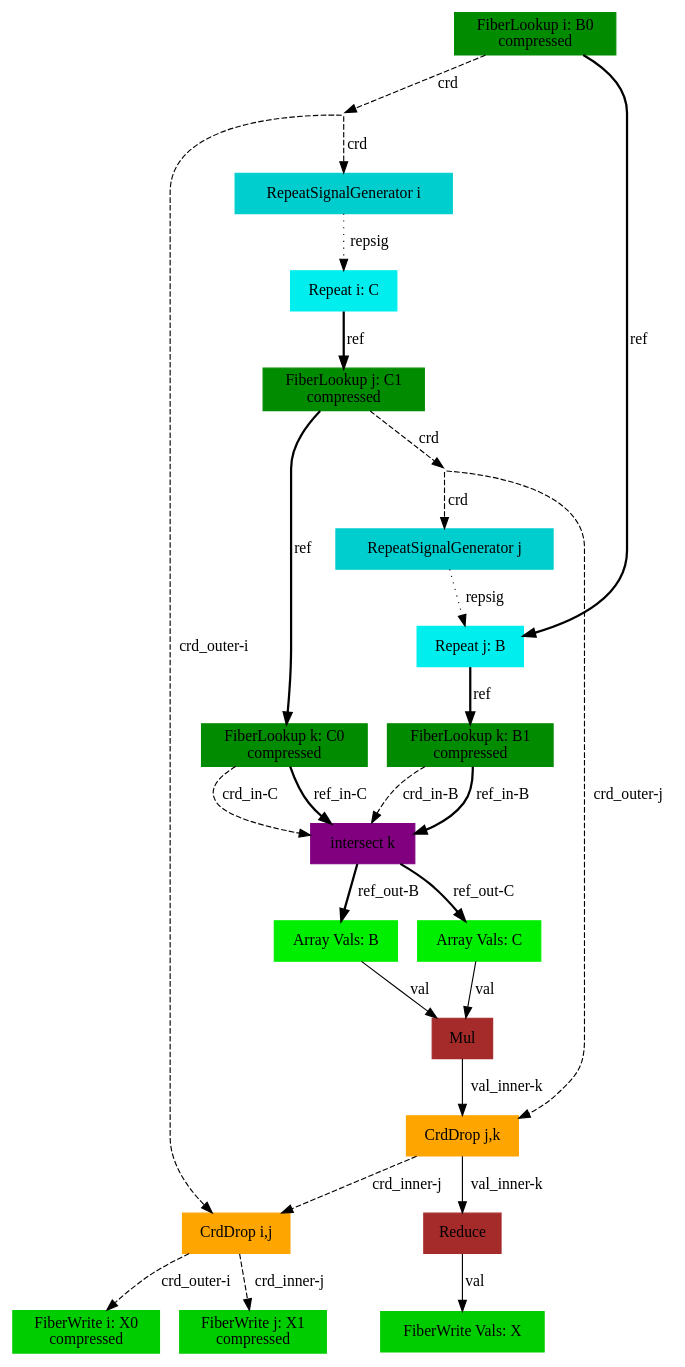
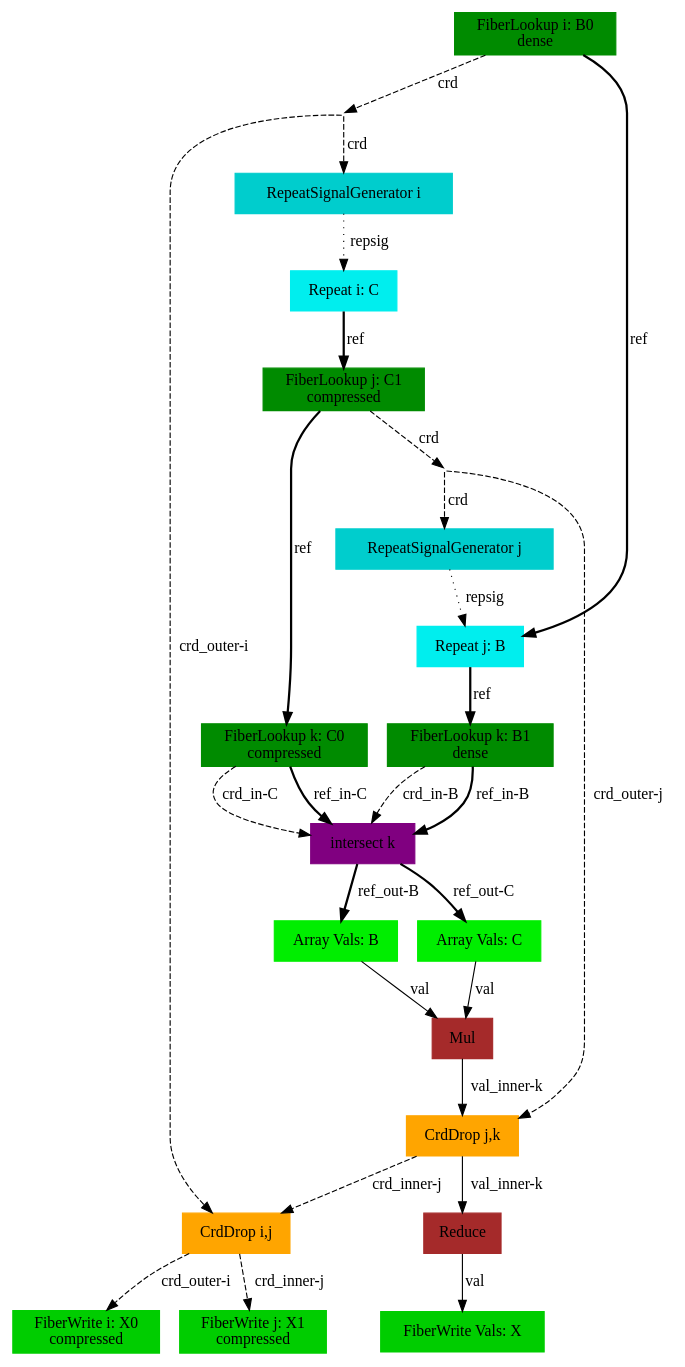
One commit to weiya711/sam changed the diagram in compiler/sam-outputs/opal-dot/matmul_ijk_spmm.gv. Above: the diagram before and after it, drawn with Graphviz.

Commit message:
updated graph form matmul_ijk_spmm

```diff
--- a/compiler/sam-outputs/opal-dot/matmul_ijk_spmm.gv
+++ b/compiler/sam-outputs/opal-dot/matmul_ijk_spmm.gv
@@ -1,55 +1,55 @@
 digraph SAM {
-    comment="X=ss01,B=ss01,C=ss10"
-    17 [comment="type=fiberlookup,index=i,tensor=B,mode=0,format=compressed,src=true,root=true" label="FiberLookup i: B0\ncompressed" color=green4 shape=box style=filled type="fiberlookup" index="i" tensor="B" mode="0" format="compressed" src="true" root="true"]
+    comment="X=ss01,B=dd01,C=ss10"
+    17 [comment="type=fiberlookup,index=i,tensor=B,mode=0,format=dense,src=true,root=true" label="FiberLookup i: B0\ndense" color=green4 shape=box style=filled type="fiberlookup" index="i" tensor="B" mode="0" format="dense" src="true" root="true"]
     16 [comment="type=broadcast" shape=point style=invis type="broadcast"]
     2 [comment="type=fiberwrite,index=i,tensor=X,mode=0,format=compressed,segsize=2,crdsize=B0_dim,sink=true" label="FiberWrite i: X0\ncompressed" color=green3 shape=box style=filled type="fiberwrite" index="i" tensor="X" mode="0" format="compressed" segsize="2" crdsize="B0_dim" sink="true"]
     15 [comment="type=repsiggen,index=i" label="RepeatSignalGenerator i" color=cyan3 shape=box style=filled type="repsiggen" index="i"]
     14 [comment="type=repeat,index=i,tensor=C,root=true" label="Repeat i: C" color=cyan2 shape=box style=filled type="repeat" index="i" tensor="C" root="true"]
     13 [comment="type=fiberlookup,index=j,tensor=C,mode=1,format=compressed,src=true,root=false" label="FiberLookup j: C1\ncompressed" color=green4 shape=box style=filled type="fiberlookup" index="j" tensor="C" mode="1" format="compressed" src="true" root="false"]
     12 [comment="type=broadcast" shape=point style=invis type="broadcast"]
     1 [comment="type=fiberwrite,index=j,tensor=X,mode=1,format=compressed,segsize=B0_dim+1,crdsize=B0_dim*C1_dim,sink=true" label="FiberWrite j: X1\ncompressed" color=green3 shape=box style=filled type="fiberwrite" index="j" tensor="X" mode="1" format="compressed" segsize="B0_dim+1" crdsize="B0_dim*C1_dim" sink="true"]
     11 [comment="type=repsiggen,index=j" label="RepeatSignalGenerator j" color=cyan3 shape=box style=filled type="repsiggen" index="j"]
     10 [comment="type=repeat,index=j,tensor=B,root=false" label="Repeat j: B" color=cyan2 shape=box style=filled type="repeat" index="j" tensor="B" root="false"]
-    8 [comment="type=fiberlookup,index=k,tensor=B,mode=1,format=compressed,src=true,root=false" label="FiberLookup k: B1\ncompressed" color=green4 shape=box style=filled type="fiberlookup" index="k" tensor="B" mode="1" format="compressed" src="true" root="false"]
+    8 [comment="type=fiberlookup,index=k,tensor=B,mode=1,format=dense,src=true,root=false" label="FiberLookup k: B1\ndense" color=green4 shape=box style=filled type="fiberlookup" index="k" tensor="B" mode="1" format="dense" src="true" root="false"]
     7 [comment="type=intersect,index=k" label="intersect k" color=purple shape=box style=filled type="intersect" index="k"]
     5 [comment="type=arrayvals,tensor=B" label="Array Vals: B" color=green2 shape=box style=filled type="arrayvals" tensor="B"]
     4 [comment="type=mul" label="Mul" color=brown shape=box style=filled type="mul"]
     3 [comment="type=reduce" label="Reduce" color=brown shape=box style=filled type="reduce"]
     0 [comment="type=fiberwrite,mode=vals,tensor=X,size=1*B0_dim*C1_dim,sink=true" label="FiberWrite Vals: X" color=green3 shape=box style=filled type="fiberwrite" tensor="X" mode="vals" size="1*B0_dim*C1_dim" sink="true"]
     6 [comment="type=arrayvals,tensor=C" label="Array Vals: C" color=green2 shape=box style=filled type="arrayvals" tensor="C"]
     9 [comment="type=fiberlookup,index=k,tensor=C,mode=0,format=compressed,src=true,root=false" label="FiberLookup k: C0\ncompressed" color=green4 shape=box style=filled type="fiberlookup" index="k" tensor="C" mode="0" format="compressed" src="true" root="false"]
     18 [comment="type=crddrop,outer=i,inner=j" label="CrdDrop i,j" color=orange shape=box style=filled type="crddrop" outer="i" inner="j"]
     19 [comment="type=crddrop,outer=j,inner=k" label="CrdDrop j,k" color=orange shape=box style=filled type="crddrop" outer="j" inner="k"]
 
     17 -> 16 [label="crd" style=dashed type="crd" comment=""]
     # 16 -> 2 [label="crd" style=dashed type="crd"]
     16 -> 15 [label="crd" style=dashed type="crd"]
     15 -> 14 [label="repsig" style=dotted type="repsig"]
     14 -> 13 [label="ref" style=bold type="ref"]
     13 -> 12 [label="crd" style=dashed type="crd" comment=""]
     # 12 -> 1 [label="crd" style=dashed type="crd"]
     12 -> 11 [label="crd" style=dashed type="crd"]
     11 -> 10 [label="repsig" style=dotted type="repsig"]
     10 -> 8 [label="ref" style=bold type="ref"]
     8 -> 7 [label="crd_in-B" style=dashed type="crd" comment="in-B"]
     7 -> 5 [label="ref_out-B" style=bold type="ref" comment="out-B"]
     5 -> 4 [label="val" type="val"]
     # 4 -> 3 [label="val" type="val"]
     3 -> 0 [label="val" type="val"]
     7 -> 6 [label="ref_out-C" style=bold type="ref" comment="out-C"]
     6 -> 4 [label="val" type="val"]
     8 -> 7 [label="ref_in-B" style=bold type="ref" comment="in-B"]
     13 -> 9 [label="ref" style=bold type="ref" comment=""]
     9 -> 7 [label="crd_in-C" style=dashed type="crd" comment="in-C"]
     9 -> 7 [label="ref_in-C" style=bold type="ref" comment="in-C"]
     17 -> 10 [label="ref" style=bold type="ref" comment=""]
     
     4 -> 19 [label="val_inner-k" type="val" comment="inner-k"]
     12 -> 19 [label="crd_outer-j" style=dashed type="crd" comment="outer-j"]
     18 -> 1 [label="crd_inner-j" style=dashed type="crd" comment="inner-j"]
     19 -> 3 [label="val_inner-k" type="val" comment="inner-k"]
 
     19 -> 18 [label="crd_inner-j" style=dashed type="crd" comment="inner-j"] 
     16 -> 18 [label="crd_outer-i" style=dashed type="crd" comment="outer-i"] 
     18 -> 2 [label="crd_outer-i" style=dashed type="crd" comment="outer-i"] 
 }
```
